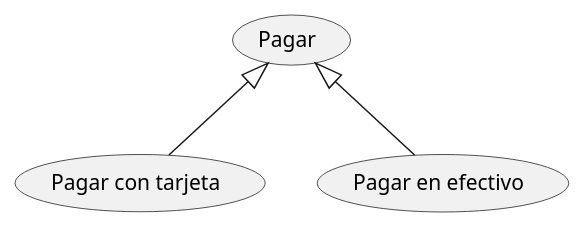
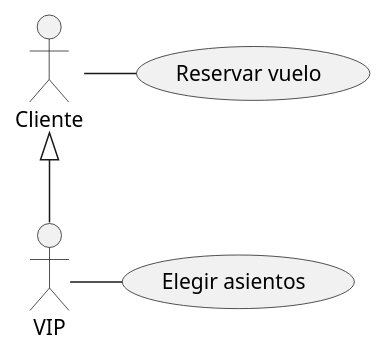
Before and after one commit to Nessie04/PlantUML_1: the diagram in casos_de_uso.puml, drawn with PlantUML.

Commit message:
creamos asociaciones entre actores y entre actores y casos

```diff
--- a/casos_de_uso.puml
+++ b/casos_de_uso.puml
@@ -1,5 +1,6 @@
 @startuml
 
-(Pagar con tarjeta) -up-|> (Pagar)
-(Pagar en efectivo)-up-|> (Pagar)
+Cliente - (Reservar vuelo)
+VIP - (Elegir asientos)
+VIP -up-|> Cliente
 @enduml
```
